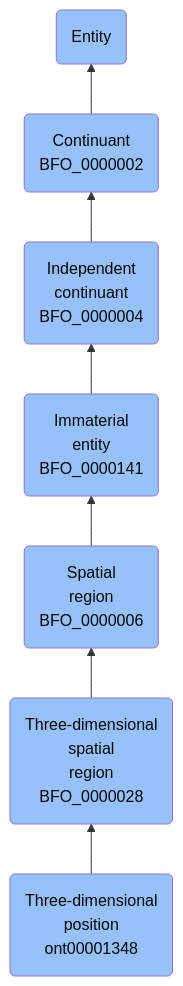
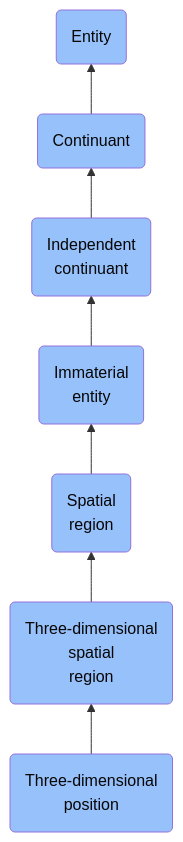
Before and after one commit to jupyter-naas/abi: the diagram in docs/ontology/reference/model/Entity/Continuant/Independent continuant/Immaterial entity/Spatial region/Three-dimensional spatial region/Three-dimensional position/Three-dimensional position.md, drawn with Mermaid. The commit also changed other lines of this file and 1430 other files, not shown here.

````diff
--- a/docs/ontology/reference/model/Entity/Continuant/Independent continuant/Immaterial entity/Spatial region/Three-dimensional spatial region/Three-dimensional position/Three-dimensional position.md
+++ b/docs/ontology/reference/model/Entity/Continuant/Independent continuant/Immaterial entity/Spatial region/Three-dimensional spatial region/Three-dimensional position/Three-dimensional position.md
@@ -24,14 +24,14 @@
 ```mermaid
 graph BT
-    ont00001348(Three-dimensional<br>position<br>ont00001348):::BFO-->BFO_0000028
-    BFO_0000028(Three-dimensional<br>spatial<br>region<br>BFO_0000028):::BFO-->BFO_0000006
-    BFO_0000006(Spatial<br>region<br>BFO_0000006):::BFO-->BFO_0000141
-    BFO_0000141(Immaterial<br>entity<br>BFO_0000141):::BFO-->BFO_0000004
-    BFO_0000004(Independent<br>continuant<br>BFO_0000004):::BFO-->BFO_0000002
-    BFO_0000002(Continuant<br>BFO_0000002):::BFO-->BFO_0000001
+    ont00001348(Three-dimensional<br>position):::BFO-->BFO_0000028
+    BFO_0000028(Three-dimensional<br>spatial<br>region):::BFO-->BFO_0000006
+    BFO_0000006(Spatial<br>region):::BFO-->BFO_0000141
+    BFO_0000141(Immaterial<br>entity):::BFO-->BFO_0000004
+    BFO_0000004(Independent<br>continuant):::BFO-->BFO_0000002
+    BFO_0000002(Continuant):::BFO-->BFO_0000001
     BFO_0000001(Entity):::BFO
     
     classDef BFO fill:#97c1fb,color:#060606
     classDef CCO fill:#e4c51e,color:#060606
     classDef ABI fill:#48DD82,color:#060606
 ```
````
